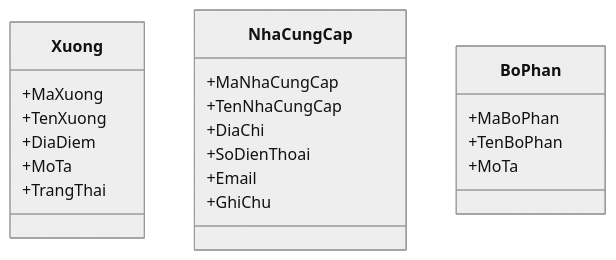
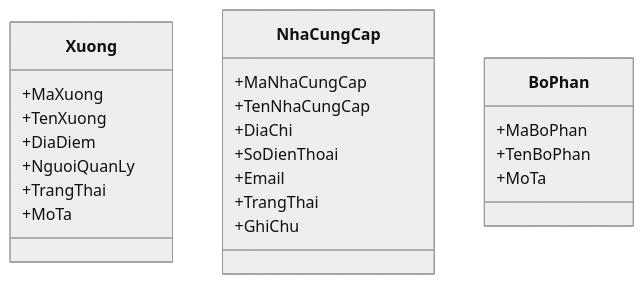
The fourth of 14 diagrams in WarehouseSystem_SRS_hoan_chinh.md (vthaix/WarehouseSystem), drawn with Mermaid (neutral theme) before and after one commit. The commit also changed other lines of this file, not shown here.

````diff
--- a/WarehouseSystem_SRS_hoan_chinh.md
+++ b/WarehouseSystem_SRS_hoan_chinh.md
@@ -1590,23 +119,29 @@
 ```mermaid
 classDiagram
+
     class Xuong {
         +MaXuong
         +TenXuong
         +DiaDiem
+        +NguoiQuanLy
+        +TrangThai
         +MoTa
-        +TrangThai
     }
+
     class NhaCungCap {
         +MaNhaCungCap
         +TenNhaCungCap
         +DiaChi
         +SoDienThoai
         +Email
+        +TrangThai
         +GhiChu
     }
+
     class BoPhan {
         +MaBoPhan
         +TenBoPhan
         +MoTa
     }
+
 ```
````
